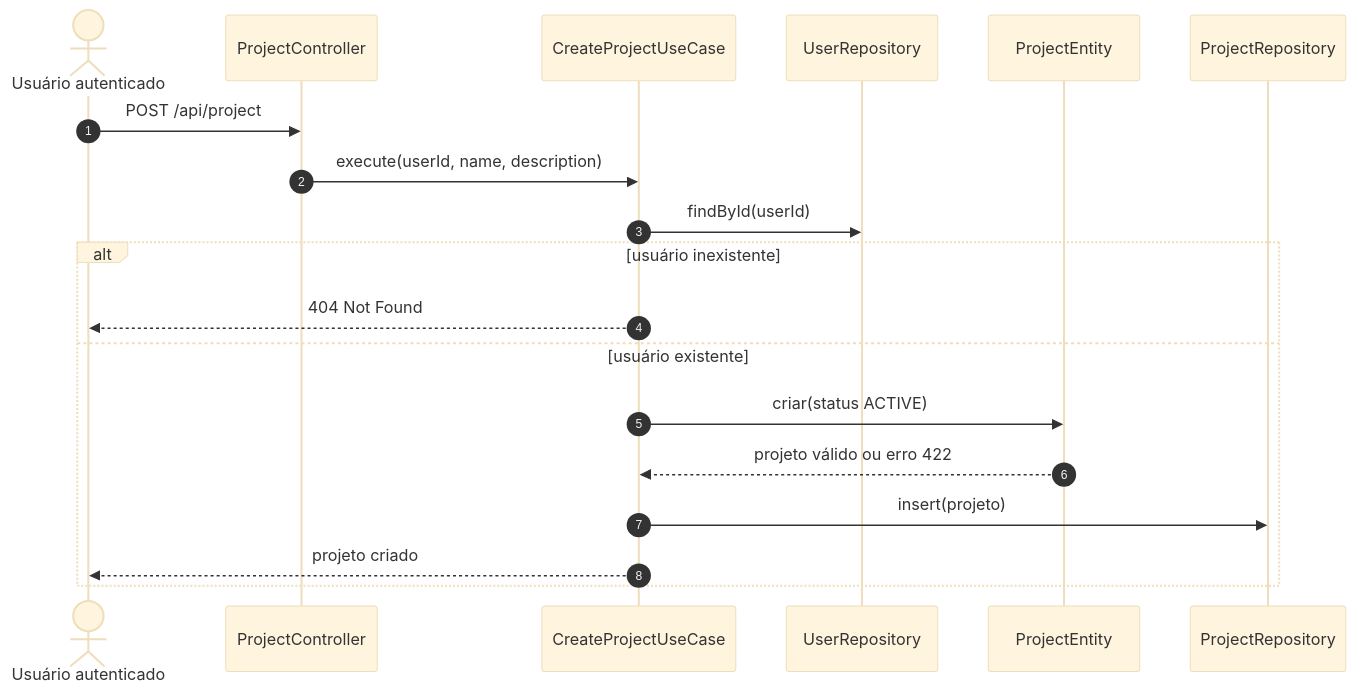
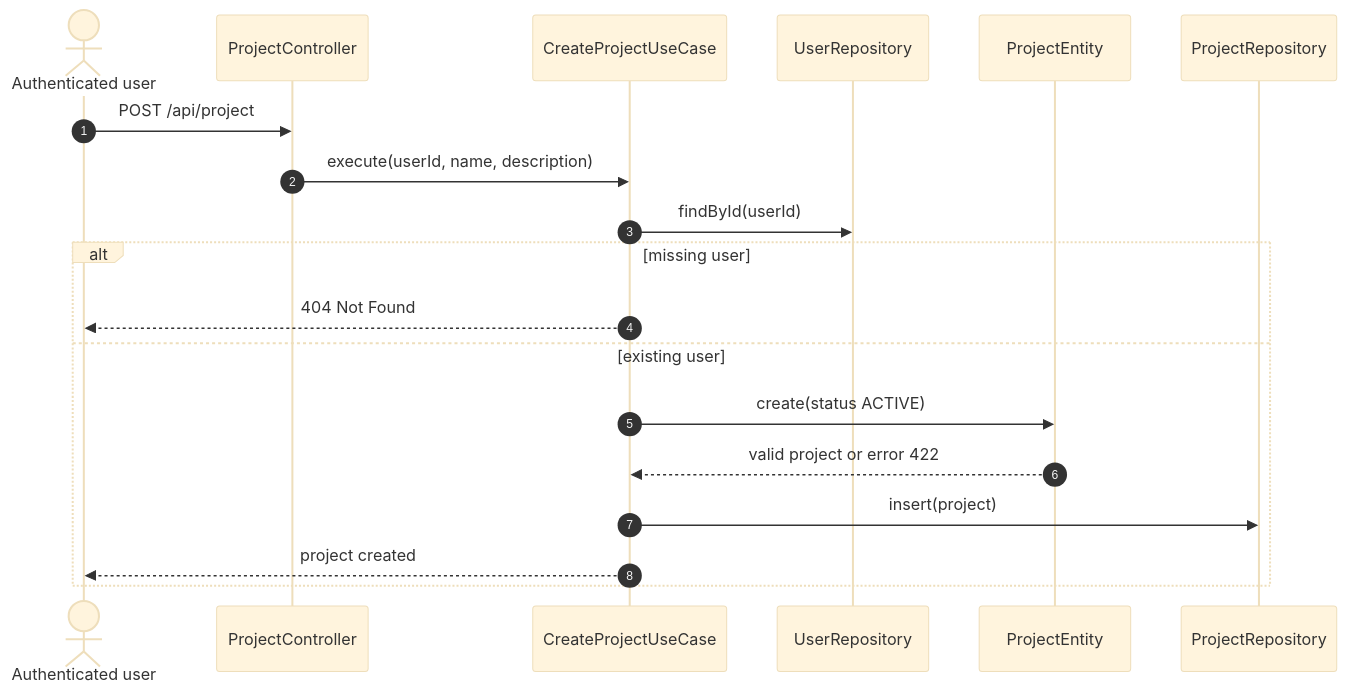
One commit to Lucalopezz/DevLog changed the first of 6 diagrams in docs/diagrams/sequences/projects.md. Above: the diagram before and after it, drawn with Mermaid (base theme). The commit also changed other lines of this file and 235 other files, not shown here.

````diff
--- a/docs/diagrams/sequences/projects.md
+++ b/docs/diagrams/sequences/projects.md
@@ -5,22 +5,22 @@
 ```mermaid
 sequenceDiagram
     autonumber
-    actor Usuario as Usuário autenticado
+    actor UserActor as Authenticated user
     participant C as ProjectController
     participant UC as CreateProjectUseCase
     participant URepo as UserRepository
     participant Project as ProjectEntity
     participant PRepo as ProjectRepository
 
-    Usuario->>C: POST /api/project
+    UserActor->>C: POST /api/project
     C->>UC: execute(userId, name, description)
     UC->>URepo: findById(userId)
-    alt usuário inexistente
-        UC-->>Usuario: 404 Not Found
-    else usuário existente
-        UC->>Project: criar(status ACTIVE)
-        Project-->>UC: projeto válido ou erro 422
-        UC->>PRepo: insert(projeto)
-        UC-->>Usuario: projeto criado
+    alt missing user
+        UC-->>UserActor: 404 Not Found
+    else existing user
+        UC->>Project: create(status ACTIVE)
+        Project-->>UC: valid project or error 422
+        UC->>PRepo: insert(project)
+        UC-->>UserActor: project created
     end
 ```
````
